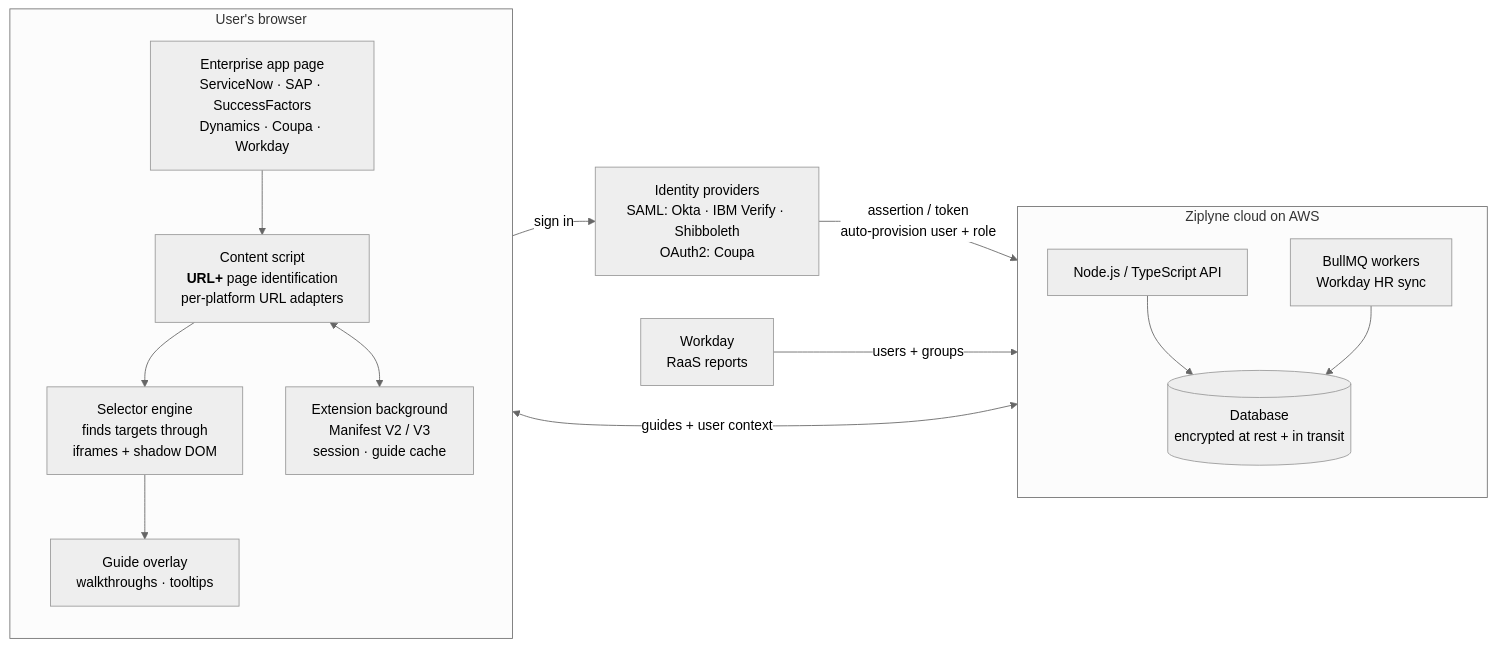
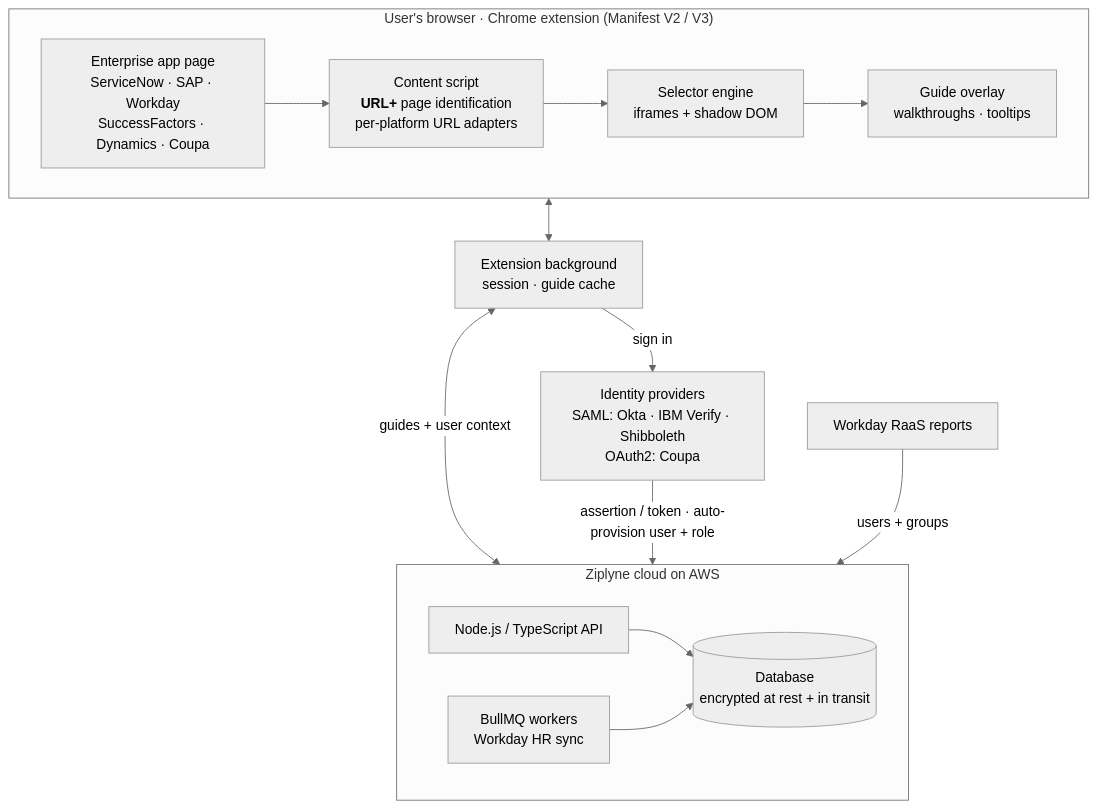
Before and after one commit to heyitskundan/heyitskundan: the first of 2 diagrams in README.md, drawn with Mermaid (neutral theme). The commit also changed other lines of this file, not shown here.

Commit message:
Vertical Ziplyne diagram, drop duplicate cards

````diff
--- a/README.md
+++ b/README.md
@@ -35,30 +35,31 @@
 ```mermaid
-flowchart LR
-  subgraph B["User's browser"]
-    direction TB
-    APP["Enterprise app page<br/>ServiceNow · SAP · SuccessFactors<br/>Dynamics · Coupa · Workday"]
+flowchart TB
+  subgraph B["User's browser · Chrome extension (Manifest V2 / V3)"]
+    direction LR
+    APP["Enterprise app page<br/>ServiceNow · SAP · Workday<br/>SuccessFactors · Dynamics · Coupa"]
     CS["Content script<br/><b>URL+</b> page identification<br/>per-platform URL adapters"]
-    SEL["Selector engine<br/>finds targets through<br/>iframes + shadow DOM"]
+    SEL["Selector engine<br/>iframes + shadow DOM"]
     UI["Guide overlay<br/>walkthroughs · tooltips"]
-    BG["Extension background<br/>Manifest V2 / V3<br/>session · guide cache"]
     APP --> CS --> SEL --> UI
-    CS <--> BG
   end
 
+  BG["Extension background<br/>session · guide cache"]
+
   subgraph C["Ziplyne cloud on AWS"]
-    direction TB
+    direction LR
     API["Node.js / TypeScript API"]
     DB[("Database<br/>encrypted at rest + in transit")]
     Q["BullMQ workers<br/>Workday HR sync"]
     API --> DB
     Q --> DB
   end
 
   IDP["Identity providers<br/>SAML: Okta · IBM Verify · Shibboleth<br/>OAuth2: Coupa"]
-  WD["Workday<br/>RaaS reports"]
+  WD["Workday RaaS reports"]
 
+  CS <--> BG
   BG <-->|"guides + user context"| API
   BG -->|"sign in"| IDP
-  IDP -->|"assertion / token<br/>auto-provision user + role"| API
+  IDP -->|"assertion / token · auto-provision user + role"| API
   WD -->|"users + groups"| Q
 ```
````
